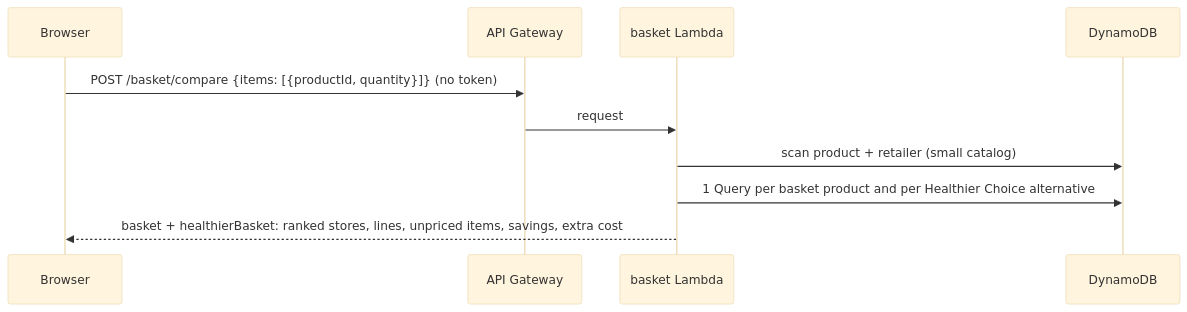
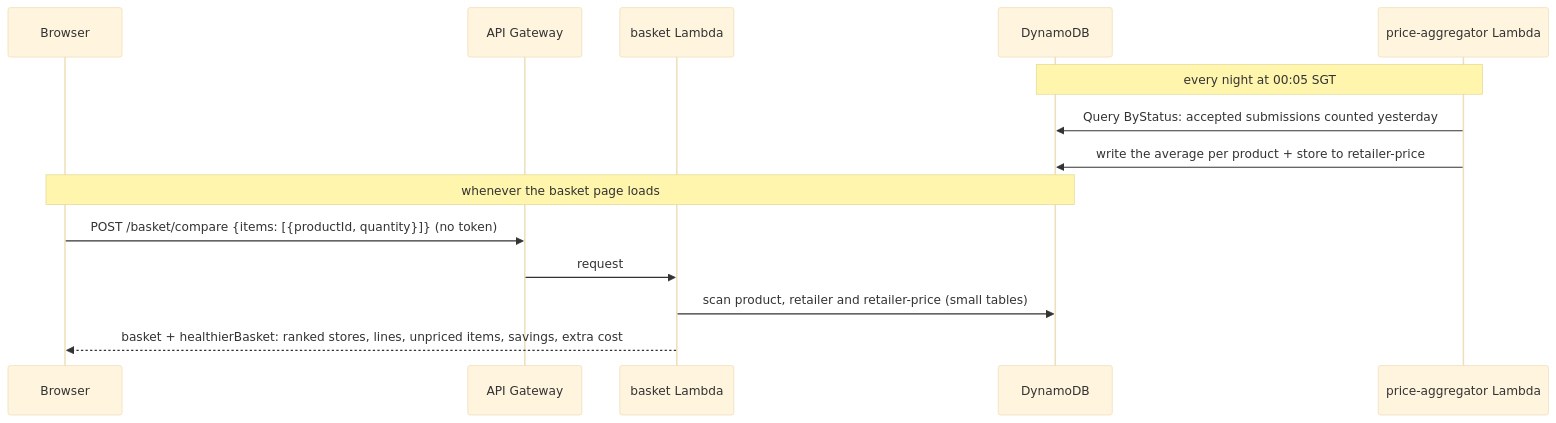
One commit to Gareth2-YS/TrolleySaver changed the fifth of 5 diagrams in docs/architecture/ARCHITECTURE.md. Above: the diagram before and after it, drawn with Mermaid (base theme). The commit also changed other lines of this file and 18 other files, not shown here.

Commit message:
Create new Retailer Price table

````diff
--- a/docs/architecture/ARCHITECTURE.md
+++ b/docs/architecture/ARCHITECTURE.md
@@ -157,12 +163,16 @@
 ```mermaid
 sequenceDiagram
     participant B as Browser
     participant A as API Gateway
     participant L as basket Lambda
     participant D as DynamoDB
+    participant J as price-aggregator Lambda
+    Note over J,D: every night at 00:05 SGT
+    J->>D: Query ByStatus: accepted submissions counted yesterday
+    J->>D: write the average per product + store to retailer-price
+    Note over B,D: whenever the basket page loads
     B->>A: POST /basket/compare {items: [{productId, quantity}]} (no token)
     A->>L: request
-    L->>D: scan product + retailer (small catalog)
-    L->>D: 1 Query per basket product and per Healthier Choice alternative
+    L->>D: scan product, retailer and retailer-price (small tables)
     L-->>B: basket + healthierBasket: ranked stores, lines, unpriced items, savings, extra cost
 ```
````
